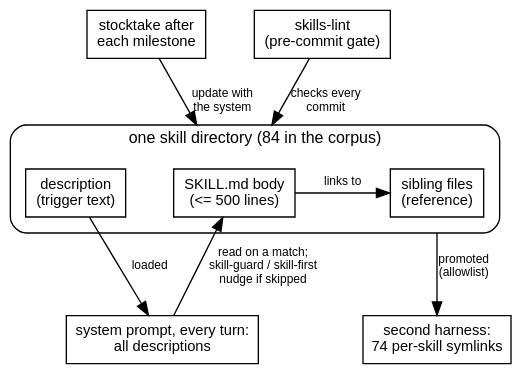
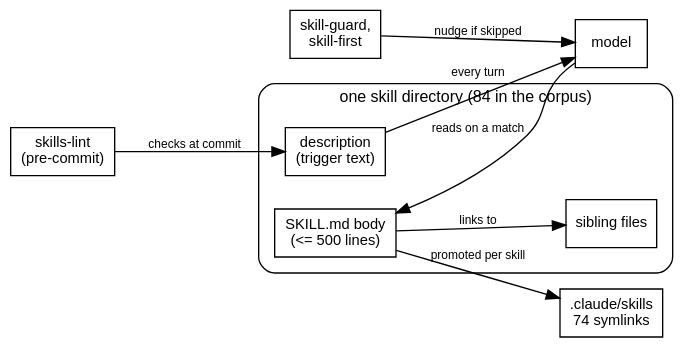
Before and after one commit to erfianugrah/lexicanum: the first of 2 diagrams in src/content/docs/reference/agent-skills-system.mdx, drawn with Graphviz. The commit also changed other lines of this file and 14 other files, not shown here.

First line of the commit message:
docs(harnesses): presentation, diagram and prose pass over the pi harness series (lexicanum#57)

````diff
--- a/src/content/docs/reference/agent-skills-system.mdx
+++ b/src/content/docs/reference/agent-skills-system.mdx
@@ -27,27 +25,26 @@
 ```dot
 digraph {
-  rankdir=TB; bgcolor="transparent"; compound=true; nodesep=0.5; ranksep=0.6;
+  rankdir=LR; bgcolor="transparent"; nodesep=0.35; ranksep=0.7;
   fontname="Helvetica,Arial,sans-serif";
   node [fontname="Helvetica,Arial,sans-serif", fontsize=11, shape=box];
   edge [fontname="Helvetica,Arial,sans-serif", fontsize=9];
 
-  st [label="stocktake after\neach milestone"];
-  lint [label="skills-lint\n(pre-commit gate)"];
   subgraph cluster_skill {
     label="one skill directory (84 in the corpus)"; style=rounded; fontsize=12; margin=12;
     desc [label="description\n(trigger text)"];
     body [label="SKILL.md body\n(<= 500 lines)"];
-    sib [label="sibling files\n(reference)"];
-    { rank=same; desc; body; sib; }
+    sib [label="sibling files"];
     body -> sib [label="links to"];
   }
-  prompt [label="system prompt, every turn:\nall descriptions"];
-  second [label="second harness:\n74 per-skill symlinks"];
+  model [label="model"];
+  nudge [label="skill-guard,\nskill-first"];
+  lint [label="skills-lint\n(pre-commit)"];
+  cc [label=".claude/skills\n74 symlinks"];
 
-  st -> body [lhead=cluster_skill, label="update with\nthe system"];
-  lint -> body [lhead=cluster_skill, label="checks every\ncommit"];
-  desc -> prompt [label="loaded"];
-  body -> prompt [dir=back, label="read on a match;\nskill-guard / skill-first\nnudge if skipped"];
-  sib -> second [ltail=cluster_skill, label="promoted\n(allowlist)"];
+  desc -> model [label="every turn"];
+  model -> body [label="reads on a match"];
+  nudge -> model [label="nudge if skipped"];
+  lint -> desc [label="checks at commit"];
+  body -> cc [label="promoted per skill"];
 }
 ```
````
